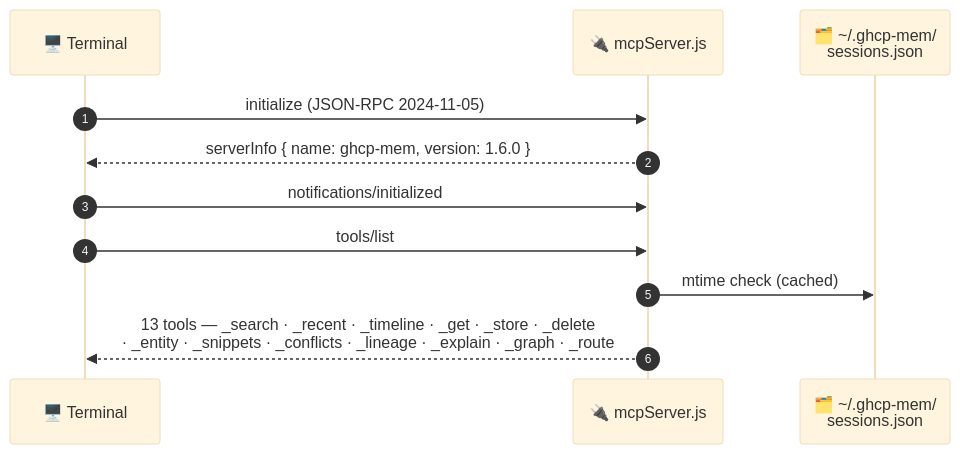
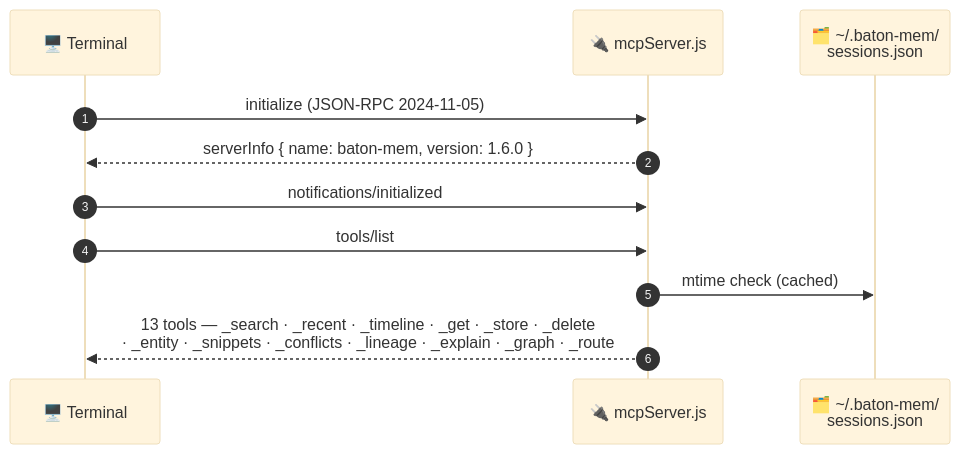
The fifth of 5 diagrams in docs/DEMO.md (Oluseyi-Kofoworola/ghcp-mem), drawn with Mermaid (base theme) before and after one commit. The commit also changed other lines of this file and 45 other files, not shown here.

````diff
--- a/docs/DEMO.md
+++ b/docs/DEMO.md
@@ -235,13 +235,13 @@
 ```mermaid
 sequenceDiagram
     autonumber
     participant CLI as 🖥️ Terminal
     participant MCP as 🔌 mcpServer.js
-    participant STORE as 🗂️ ~/.ghcp-mem/<br/>sessions.json
+    participant STORE as 🗂️ ~/.baton-mem/<br/>sessions.json
     CLI->>MCP: initialize (JSON-RPC 2024-11-05)
-    MCP-->>CLI: serverInfo { name: ghcp-mem, version: 1.6.0 }
+    MCP-->>CLI: serverInfo { name: baton-mem, version: 1.6.0 }
     CLI->>MCP: notifications/initialized
     CLI->>MCP: tools/list
     MCP->>STORE: mtime check (cached)
     MCP-->>CLI: 13 tools — _search · _recent · _timeline · _get · _store · _delete<br/>· _entity · _snippets · _conflicts · _lineage · _explain · _graph · _route
 ```
````
